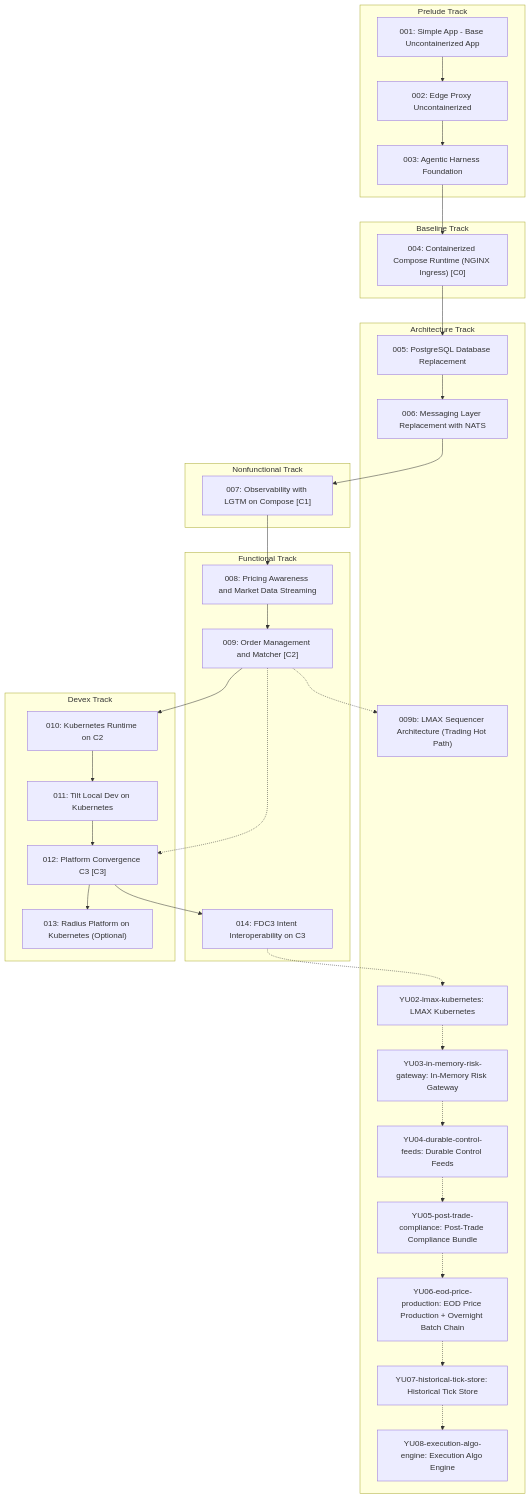
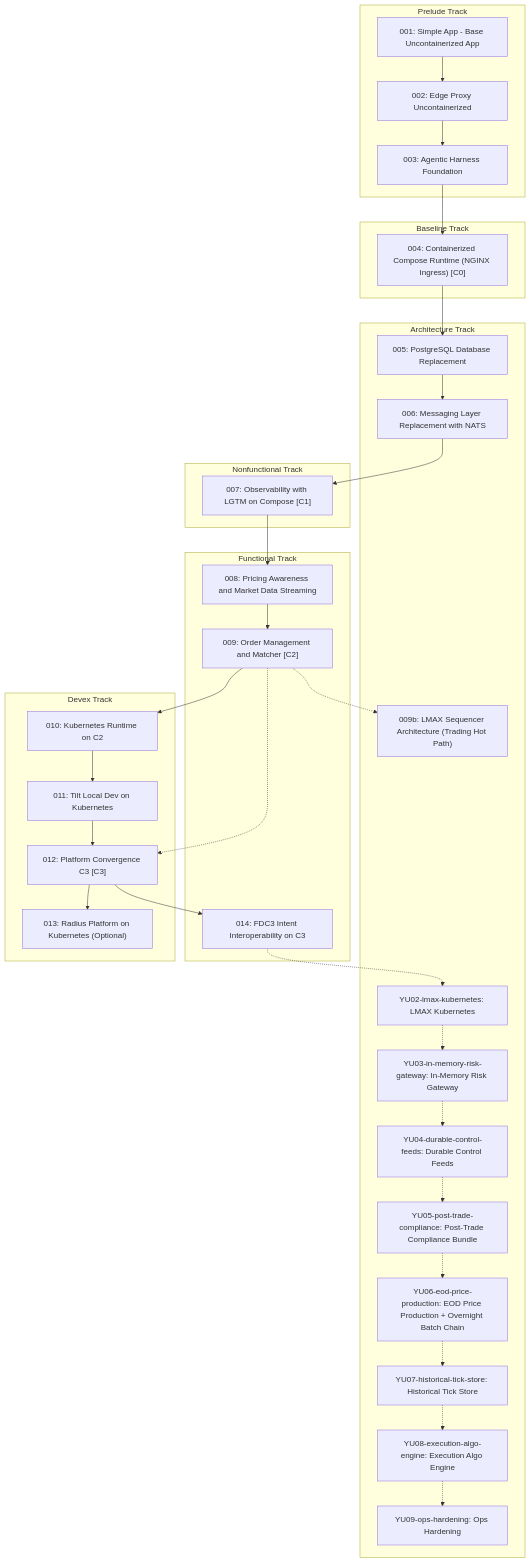
The third of 3 diagrams in docs/learning-paths/index.md (YU-CS-Summer-2026-Distributed-TraderX/traderX), drawn with Mermaid before and after one commit. The commit also changed other lines of this file and 45 other files, not shown here.

````diff
--- a/docs/learning-paths/index.md
+++ b/docs/learning-paths/index.md
@@ -140,60 +144,62 @@
 ```mermaid
 flowchart TB
   subgraph PRELUDE["Prelude Track"]
     S001_baseline_uncontainerized_parity["001: Simple App - Base Uncontainerized App"]
     S002_edge_proxy_uncontainerized["002: Edge Proxy Uncontainerized"]
     S003_agentic_harness_foundation["003: Agentic Harness Foundation"]
   end
   subgraph BASELINE["Baseline Track"]
     S004_containerized_compose_runtime["004: Containerized Compose Runtime (NGINX Ingress) [C0]"]
   end
   subgraph ARCHITECTURE["Architecture Track"]
     S005_postgres_database_replacement["005: PostgreSQL Database Replacement"]
     S006_messaging_nats_replacement["006: Messaging Layer Replacement with NATS"]
     S009b_lmax_sequencer_architecture["009b: LMAX Sequencer Architecture (Trading Hot Path)"]
     SYU02_lmax_kubernetes["YU02-lmax-kubernetes: LMAX Kubernetes"]
     SYU03_in_memory_risk_gateway["YU03-in-memory-risk-gateway: In-Memory Risk Gateway"]
     SYU04_durable_control_feeds["YU04-durable-control-feeds: Durable Control Feeds"]
     SYU05_post_trade_compliance["YU05-post-trade-compliance: Post-Trade Compliance Bundle"]
     SYU06_eod_price_production["YU06-eod-price-production: EOD Price Production + Overnight Batch Chain"]
     SYU07_historical_tick_store["YU07-historical-tick-store: Historical Tick Store"]
     SYU08_execution_algo_engine["YU08-execution-algo-engine: Execution Algo Engine"]
+    SYU09_ops_hardening["YU09-ops-hardening: Ops Hardening"]
   end
   subgraph NONFUNCTIONAL["Nonfunctional Track"]
     S007_observability_lgtm_compose["007: Observability with LGTM on Compose [C1]"]
   end
   subgraph FUNCTIONAL["Functional Track"]
     S008_pricing_awareness_market_data["008: Pricing Awareness and Market Data Streaming"]
     S009_order_management_matcher["009: Order Management and Matcher [C2]"]
     S014_fdc3_intent_interoperability["014: FDC3 Intent Interoperability on C3"]
   end
   subgraph DEVEX["Devex Track"]
     S010_kubernetes_runtime["010: Kubernetes Runtime on C2"]
     S011_tilt_kubernetes_dev_loop["011: Tilt Local Dev on Kubernetes"]
     S012_platform_convergence_c3["012: Platform Convergence C3 [C3]"]
     S013_radius_kubernetes_platform["013: Radius Platform on Kubernetes (Optional)"]
   end
   S001_baseline_uncontainerized_parity --> S002_edge_proxy_uncontainerized
   S002_edge_proxy_uncontainerized --> S003_agentic_harness_foundation
   S003_agentic_harness_foundation --> S004_containerized_compose_runtime
   S004_containerized_compose_runtime --> S005_postgres_database_replacement
   S005_postgres_database_replacement --> S006_messaging_nats_replacement
   S006_messaging_nats_replacement --> S007_observability_lgtm_compose
   S007_observability_lgtm_compose --> S008_pricing_awareness_market_data
   S008_pricing_awareness_market_data --> S009_order_management_matcher
   S009_order_management_matcher -.-> S009b_lmax_sequencer_architecture
   S009_order_management_matcher --> S010_kubernetes_runtime
   S010_kubernetes_runtime --> S011_tilt_kubernetes_dev_loop
   S011_tilt_kubernetes_dev_loop --> S012_platform_convergence_c3
   S012_platform_convergence_c3 --> S013_radius_kubernetes_platform
   S012_platform_convergence_c3 --> S014_fdc3_intent_interoperability
   S014_fdc3_intent_interoperability -.-> SYU02_lmax_kubernetes
   SYU02_lmax_kubernetes -.-> SYU03_in_memory_risk_gateway
   SYU03_in_memory_risk_gateway -.-> SYU04_durable_control_feeds
   SYU04_durable_control_feeds -.-> SYU05_post_trade_compliance
   SYU05_post_trade_compliance -.-> SYU06_eod_price_production
   SYU06_eod_price_production -.-> SYU07_historical_tick_store
   SYU07_historical_tick_store -.-> SYU08_execution_algo_engine
+  SYU08_execution_algo_engine -.-> SYU09_ops_hardening
   S009_order_management_matcher -.-> S012_platform_convergence_c3
   classDef convergence fill:#d7f5dd,stroke:#2e7d32,stroke-width:2px
 ```
````
